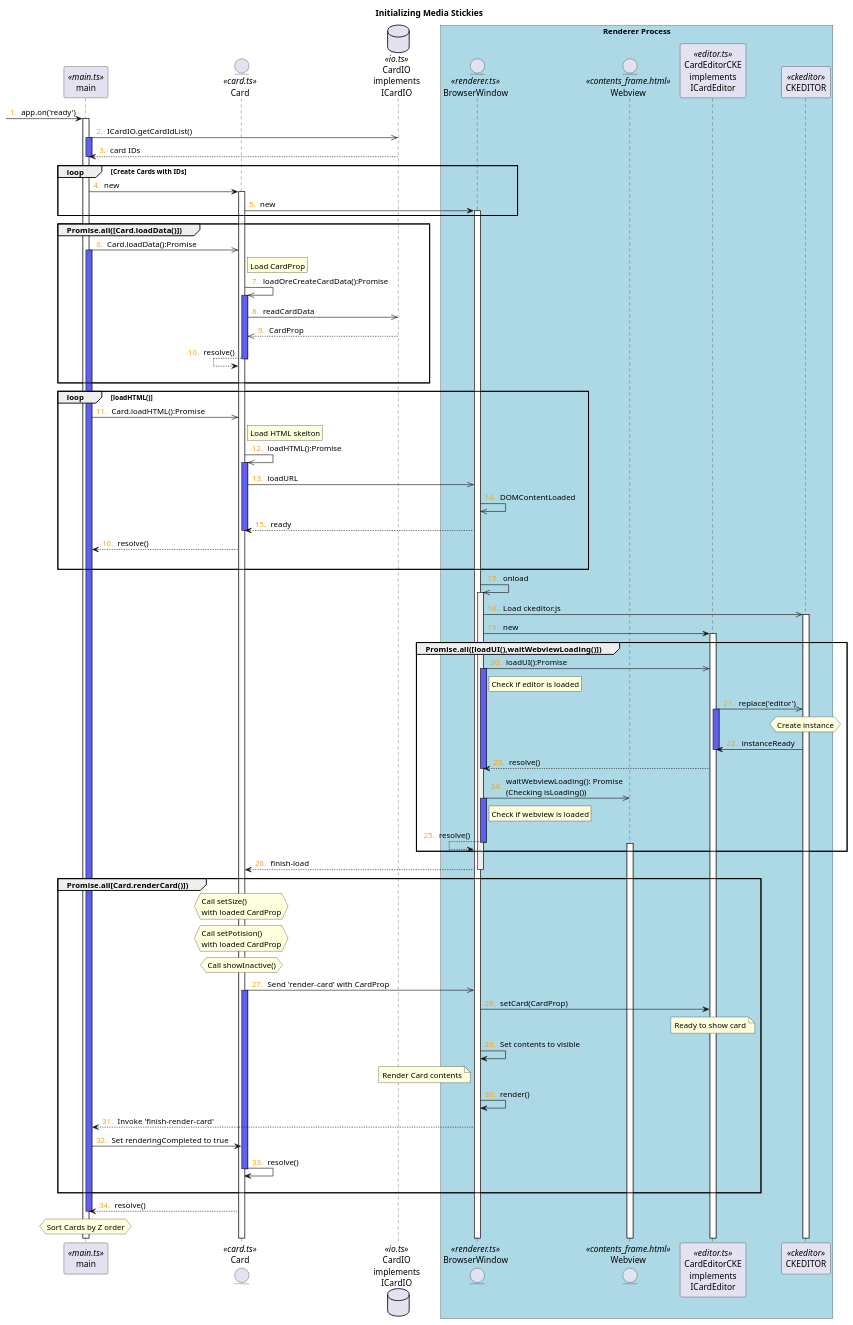
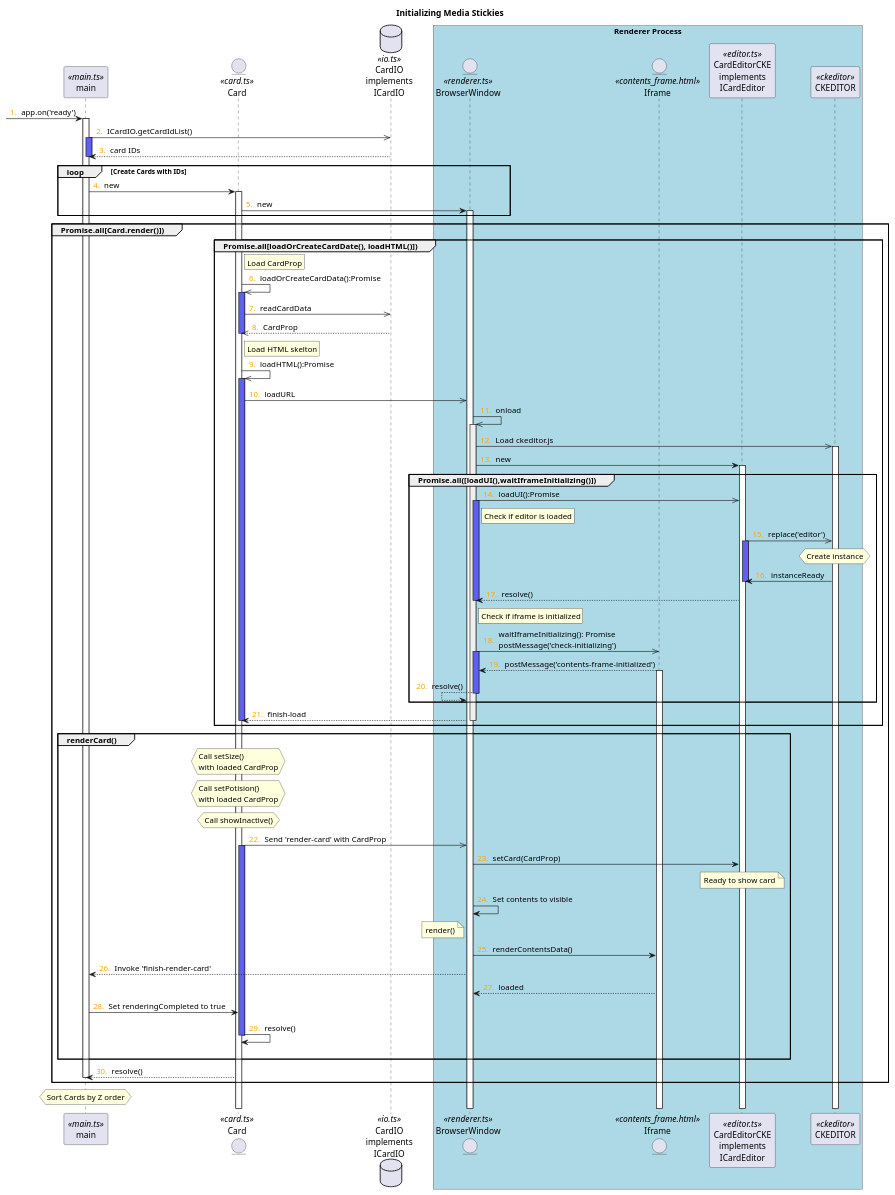
Before and after one commit to canal874/sticky-sprites: the diagram in doc/initializing.puml, drawn with PlantUML.

Commit message:
update: Sequence diagram of initializing process

```diff
--- a/doc/initializing.puml
+++ b/doc/initializing.puml
@@ -2,106 +2,103 @@
 @startuml
 title Initializing Media Stickies
 
 autonumber "<font color=orange>0. "
 participant main <<main.ts>> order 10
 entity Card <<card.ts>> order 20
 database ICardIO as "CardIO\nimplements\nICardIO" <<io.ts>> order 50
 box "Renderer Process" #LightBlue
   entity BrowserWindow <<renderer.ts>> order 100
-  entity Webview <<contents_frame.html>> order 101
+  entity Iframe <<contents_frame.html>> order 101
   participant ICardEditor as "CardEditorCKE\nimplements\nICardEditor" <<editor.ts>> order 111
   participant CKEDITOR <<ckeditor>> order 112
 end box 
 
 [-> main: app.on('ready')
 activate main
 
 main ->>ICardIO: ICardIO.getCardIdList()
 activate main #6060f0
 main <-- ICardIO: card IDs
 deactivate main
 loop Create Cards with IDs
   main -> Card: new
   activate Card
   Card -> BrowserWindow: new
   activate BrowserWindow
 end
 
-group Promise.all([Card.loadData()])
-  main ->> Card: Card.loadData():Promise
-  activate main #6060f0  
-  rnote Right Card: Load CardProp        
-  Card ->> Card: loadOreCreateCardData():Promise
-  activate Card  #6060f0
-  Card ->> ICardIO: readCardData
-  Card <<-- ICardIO: CardProp
-  Card <-- Card: resolve()
-  deactivate Card
-  |||  
-end
+group Promise.all[Card.render()])
+  group Promise.all[loadOrCreateCardDate(), loadHTML()])
+    activate main #6060f0  
+    rnote Right Card: Load CardProp        
+    Card ->> Card: loadOrCreateCardData():Promise
+    activate Card  #6060f0
+    Card ->> ICardIO: readCardData
+    Card <<-- ICardIO: CardProp
 
-loop loadHTML()
-  main ->> Card: Card.loadHTML():Promise
-  rnote Right Card: Load HTML skelton
-  Card ->> Card: loadHTML():Promise
-  activate Card  #6060f0
-  Card ->> BrowserWindow: loadURL
-    BrowserWindow ->> BrowserWindow: DOMContentLoaded
-    Card <-- BrowserWindow: ready
     deactivate Card
-  main <-- Card: resolve()    
-  |||
-end
-          
+
+    rnote Right Card: Load HTML skelton
+    Card ->> Card: loadHTML():Promise
+    activate Card  #6060f0
+    Card ->> BrowserWindow: loadURL
+
+
     BrowserWindow ->> BrowserWindow: onload
       activate BrowserWindow #f0f0f0
       BrowserWindow ->> CKEDITOR: Load ckeditor.js
       activate CKEDITOR
       BrowserWindow -> ICardEditor: new
       activate ICardEditor
 
-      group Promise.all([loadUI(),waitWebviewLoading()])    
+      group Promise.all([loadUI(),waitIframeInitializing()])    
         BrowserWindow ->> ICardEditor: loadUI():Promise
           rnote Right BrowserWindow: Check if editor is loaded
           activate BrowserWindow #6060f0
           ICardEditor ->> CKEDITOR: replace('editor')
             activate ICardEditor #6060f0
             hnote over CKEDITOR: Create instance
-            ICardEditor <- CKEDITOR: instanceReady
-            deactivate ICardEditor
-            BrowserWindow <-- ICardEditor: resolve()
-          deactivate BrowserWindow
-
-        BrowserWindow ->> Webview: waitWebviewLoading(): Promise\n(Checking isLoading())
-          rnote Right BrowserWindow: Check if webview is loaded
-          activate BrowserWindow #6060f0
+          ICardEditor <- CKEDITOR: instanceReady
+          deactivate ICardEditor
+        BrowserWindow <-- ICardEditor: resolve()
+        deactivate BrowserWindow
+        
+        rnote Right BrowserWindow: Check if iframe is initialized
+          BrowserWindow ->> Iframe: waitIframeInitializing(): Promise\npostMessage('check-initializing')
+          activate BrowserWindow #6060f0          
+          BrowserWindow <-- Iframe: postMessage('contents-frame-initialized')
+          activate Iframe  
         BrowserWindow <-- BrowserWindow: resolve()      
-        activate Webview
+        
         deactivate BrowserWindow
       end
 
       Card <-- BrowserWindow: finish-load
       deactivate BrowserWindow
+    deactivate Card
+  end
 
-group Promise.all[Card.renderCard()])
+  group renderCard()
     hnote over Card: Call setSize()\nwith loaded CardProp
     hnote over Card: Call setPotision()\nwith loaded CardProp
     hnote over Card: Call showInactive()
     Card ->> BrowserWindow: Send 'render-card' with CardProp
     activate Card #6060f0
     BrowserWindow -> ICardEditor: setCard(CardProp)
     note over ICardEditor: Ready to show card
     BrowserWindow -> BrowserWindow: Set contents to visible
-    note left BrowserWindow: Render Card contents
-    BrowserWindow -> BrowserWindow: render()
-    main <-- BrowserWindow: Invoke 'finish-render-card'
+    note left BrowserWindow: render()
+    BrowserWindow -> Iframe: renderContentsData()
+    main <-- BrowserWindow: Invoke 'finish-render-card'    
+    BrowserWindow <-- Iframe: loaded
     main -> Card: Set renderingCompleted to true
     Card -> Card: resolve()
     deactivate Card
     |||
   end
   main <-- Card: resolve()
   deactivate main
+end
 
 hnote over main: Sort Cards by Z order
 @enduml
```
